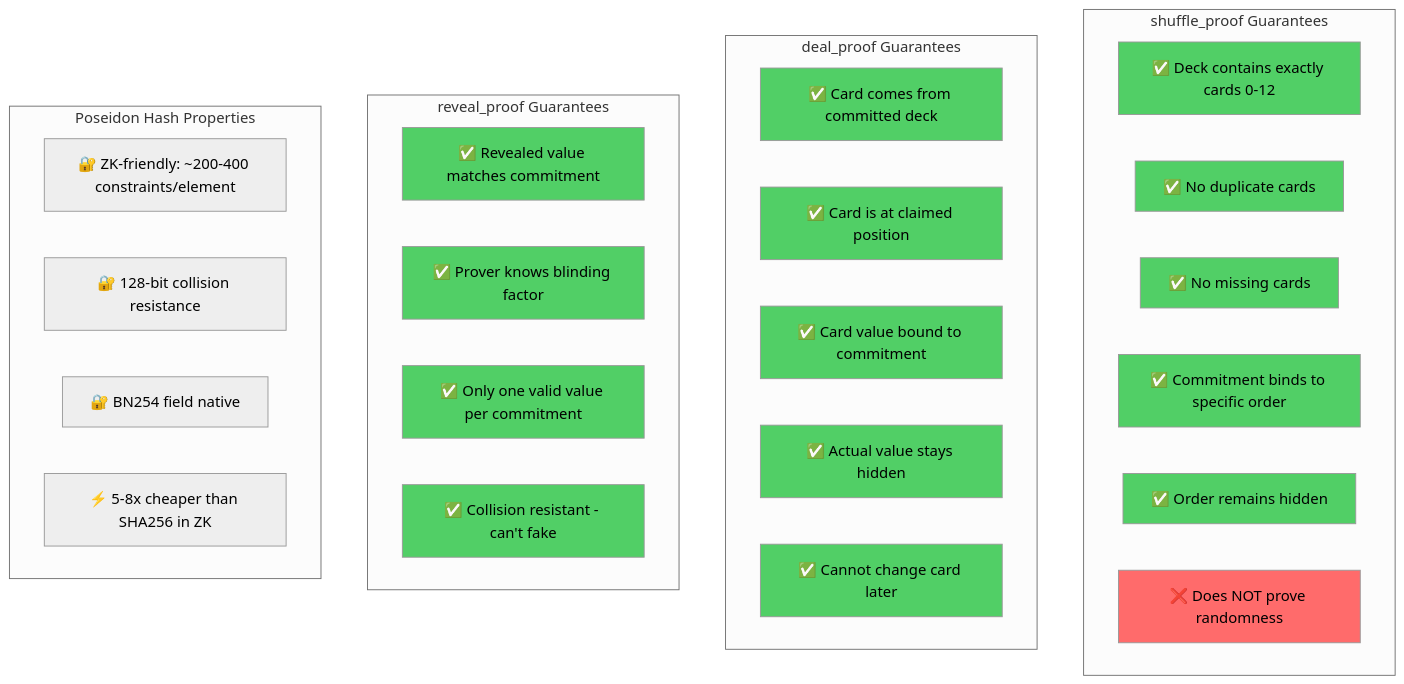
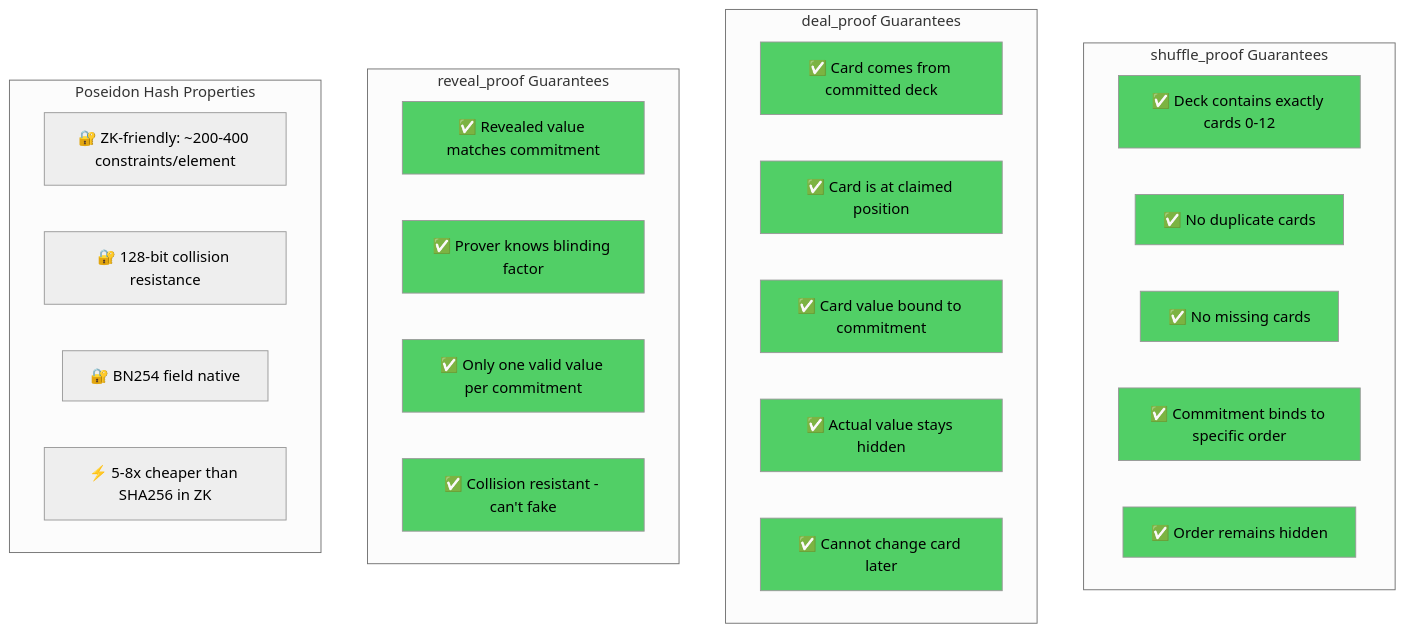
One commit to Marcussy34/solanaprivacyhack changed diagram 11 of 12 in README.md. Above: the diagram before and after it, drawn with Mermaid (neutral theme).

````diff
--- a/README.md
+++ b/README.md
@@ -746,49 +746,49 @@
 ```mermaid
 flowchart TD
     subgraph Shuffle["shuffle_proof Guarantees"]
         S1[✅ Deck contains exactly cards 0-12]
         S2[✅ No duplicate cards]
         S3[✅ No missing cards]
         S4[✅ Commitment binds to specific order]
         S5[✅ Order remains hidden]
-        S6[❌ Does NOT prove randomness]
+
     end
 
     subgraph Deal["deal_proof Guarantees"]
         D1[✅ Card comes from committed deck]
         D2[✅ Card is at claimed position]
         D3[✅ Card value bound to commitment]
         D4[✅ Actual value stays hidden]
         D5[✅ Cannot change card later]
     end
 
     subgraph Reveal["reveal_proof Guarantees"]
         R1[✅ Revealed value matches commitment]
         R2[✅ Prover knows blinding factor]
         R3[✅ Only one valid value per commitment]
         R4[✅ Collision resistant - can't fake]
     end
 
     subgraph Poseidon["Poseidon Hash Properties"]
         P1[🔐 ZK-friendly: ~200-400 constraints/element]
         P2[🔐 128-bit collision resistance]
         P3[🔐 BN254 field native]
         P4[⚡ 5-8x cheaper than SHA256 in ZK]
     end
 
-    style S6 fill:#ff6b6b
+
     style S1 fill:#51cf66
     style S2 fill:#51cf66
     style S3 fill:#51cf66
     style S4 fill:#51cf66
     style S5 fill:#51cf66
     style D1 fill:#51cf66
     style D2 fill:#51cf66
     style D3 fill:#51cf66
     style D4 fill:#51cf66
     style D5 fill:#51cf66
     style R1 fill:#51cf66
     style R2 fill:#51cf66
     style R3 fill:#51cf66
     style R4 fill:#51cf66
 ```
````
